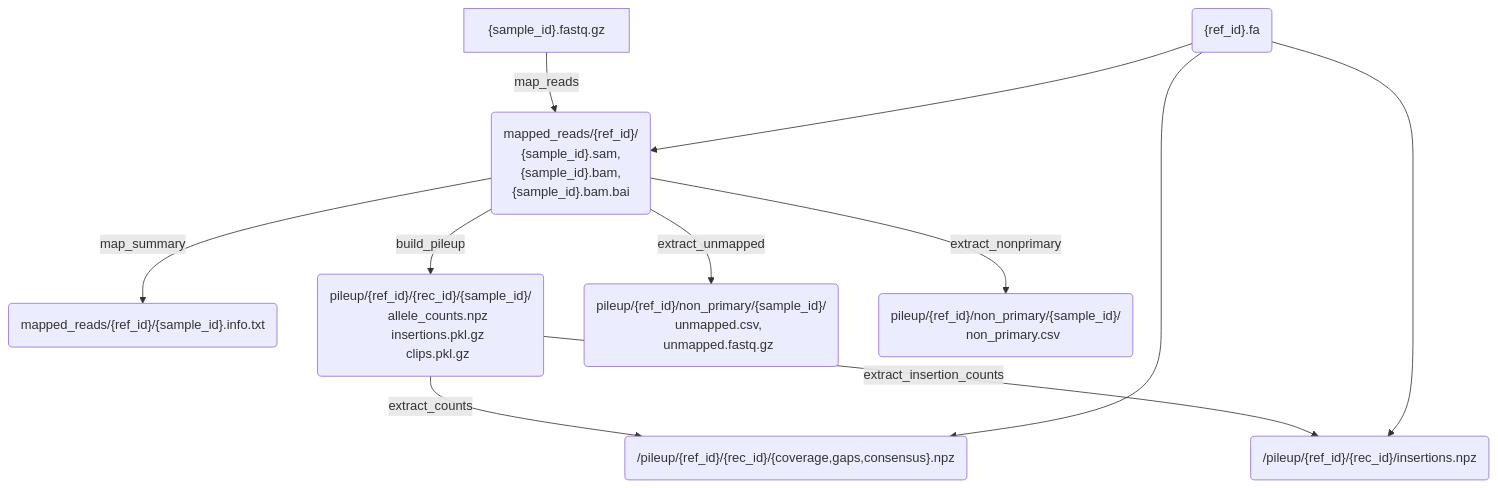
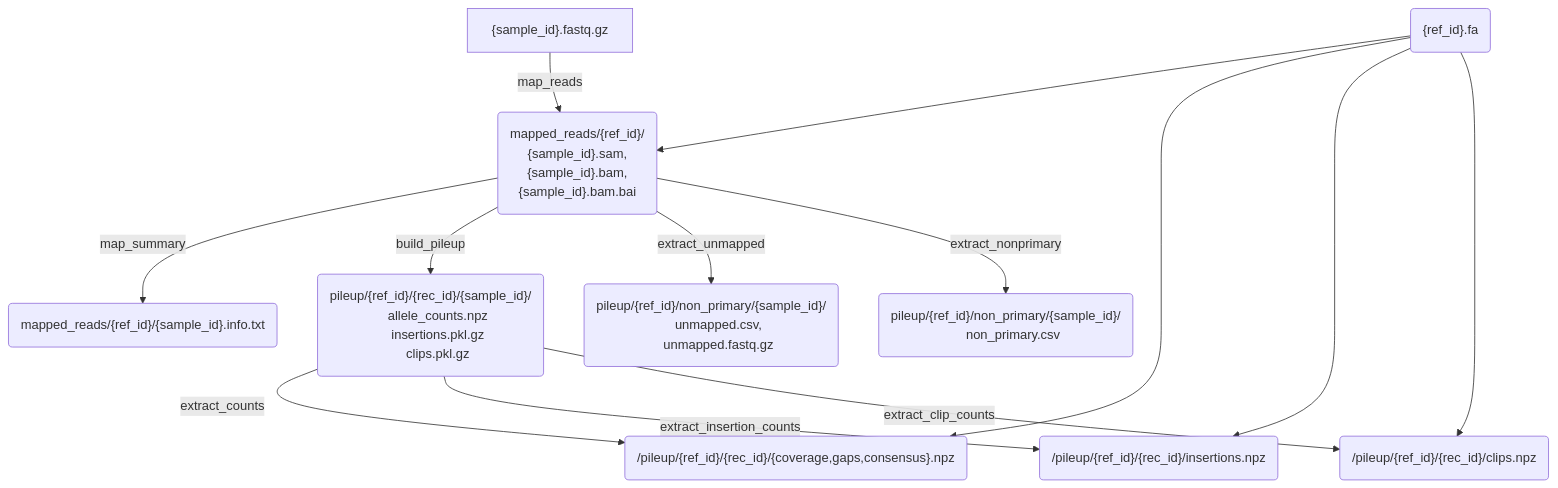
One commit to mmolari/evo-genome-analysis changed the second of 2 diagrams in notes/workflow_structure.md. Above: the diagram before and after it, drawn with Mermaid. The commit also changed other lines of this file and 2 other files, not shown here.

Commit message:
feat: add clip pileup

````diff
--- a/notes/workflow_structure.md
+++ b/notes/workflow_structure.md
@@ -61,32 +61,35 @@
 ```mermaid
 flowchart TD
 	Sample["{sample_id}.fastq.gz"]
 	Ref("{ref_id}.fa")
 	Map("mapped_reads/{ref_id}/
     {sample_id}.sam,
     {sample_id}.bam,
     {sample_id}.bam.bai")
   Info("mapped_reads/{ref_id}/{sample_id}.info.txt")
   Pileup("pileup/{ref_id}/{rec_id}/{sample_id}/
     allele_counts.npz
     insertions.pkl.gz
     clips.pkl.gz")
   Unmap("pileup/{ref_id}/non_primary/{sample_id}/
     unmapped.csv,
     unmapped.fastq.gz")
   NonPrim("pileup/{ref_id}/non_primary/{sample_id}/
     non_primary.csv")
   Cts("/pileup/{ref_id}/{rec_id}/{coverage,gaps,consensus}.npz")
   Icts("/pileup/{ref_id}/{rec_id}/insertions.npz")
+  Ccts("/pileup/{ref_id}/{rec_id}/clips.npz")
 
 	Sample --> |map_reads| Map
 	Ref --> Map
   Map --> |map_summary| Info
   Map --> |build_pileup| Pileup
   Map --> |extract_unmapped| Unmap
   Map --> |extract_nonprimary| NonPrim
   Pileup --> |extract_counts| Cts
   Ref --> Cts
   Pileup --> |extract_insertion_counts| Icts
   Ref --> Icts
+  Pileup --> |extract_clip_counts| Ccts
+  Ref --> Ccts
 ```
````
